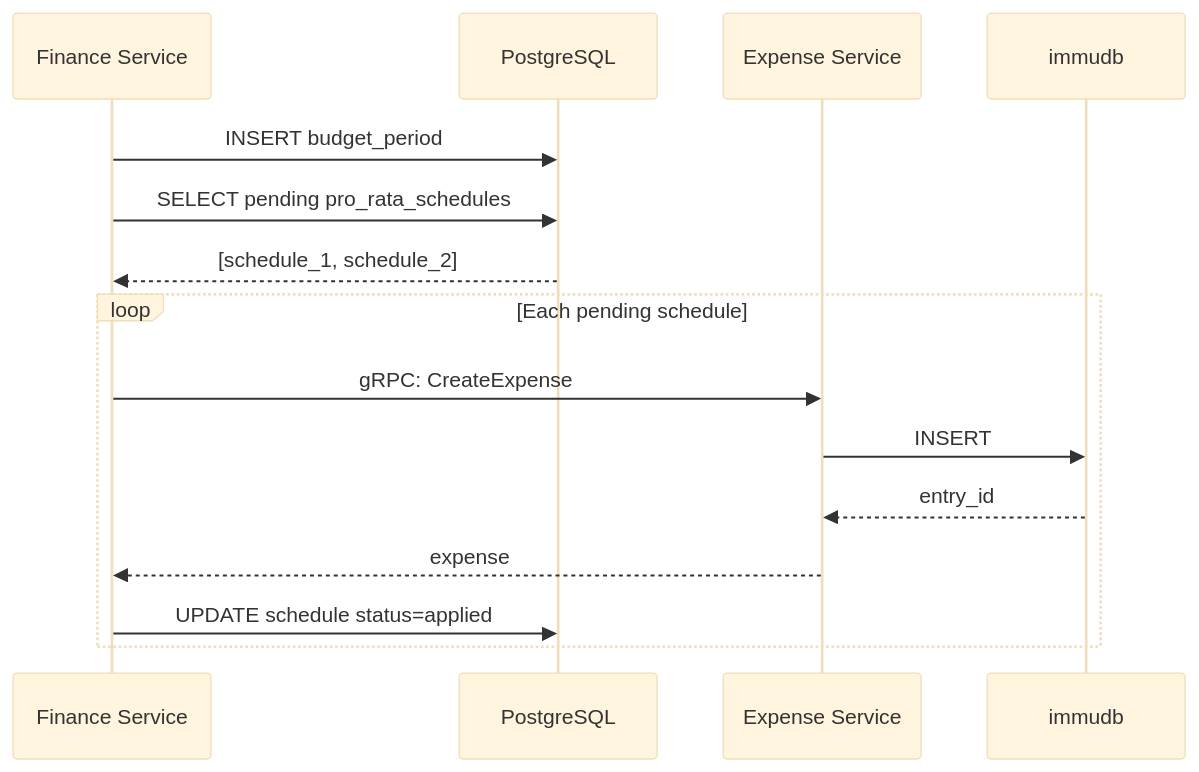
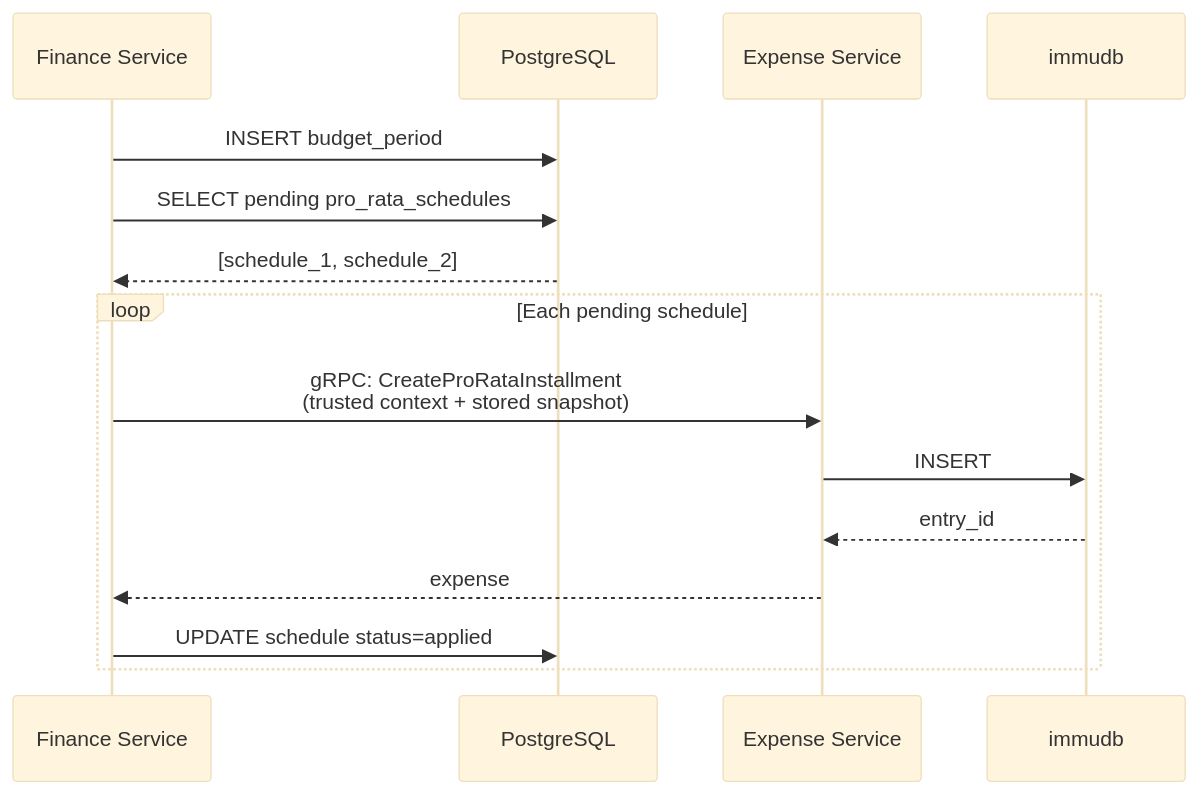
Before and after one commit to ItsThompson/gofin: the fourth of 5 diagrams in docs/architecture.md, drawn with Mermaid (base theme). The commit also changed other lines of this file, not shown here.

Commit message:
docs: update architecture for FX Service and internal gRPC boundaries

````diff
--- a/docs/architecture.md
+++ b/docs/architecture.md
@@ -229,18 +272,18 @@
 ```mermaid
 sequenceDiagram
     participant F as Finance Service
     participant P as PostgreSQL
     participant E as Expense Service
     participant I as immudb
 
     F->>P: INSERT budget_period
     F->>P: SELECT pending pro_rata_schedules
     P-->>F: [schedule_1, schedule_2]
     loop Each pending schedule
-        F->>E: gRPC: CreateExpense
+        F->>E: gRPC: CreateProRataInstallment<br/>(trusted context + stored snapshot)
         E->>I: INSERT
         I-->>E: entry_id
         E-->>F: expense
         F->>P: UPDATE schedule status=applied
     end
 ```
````
